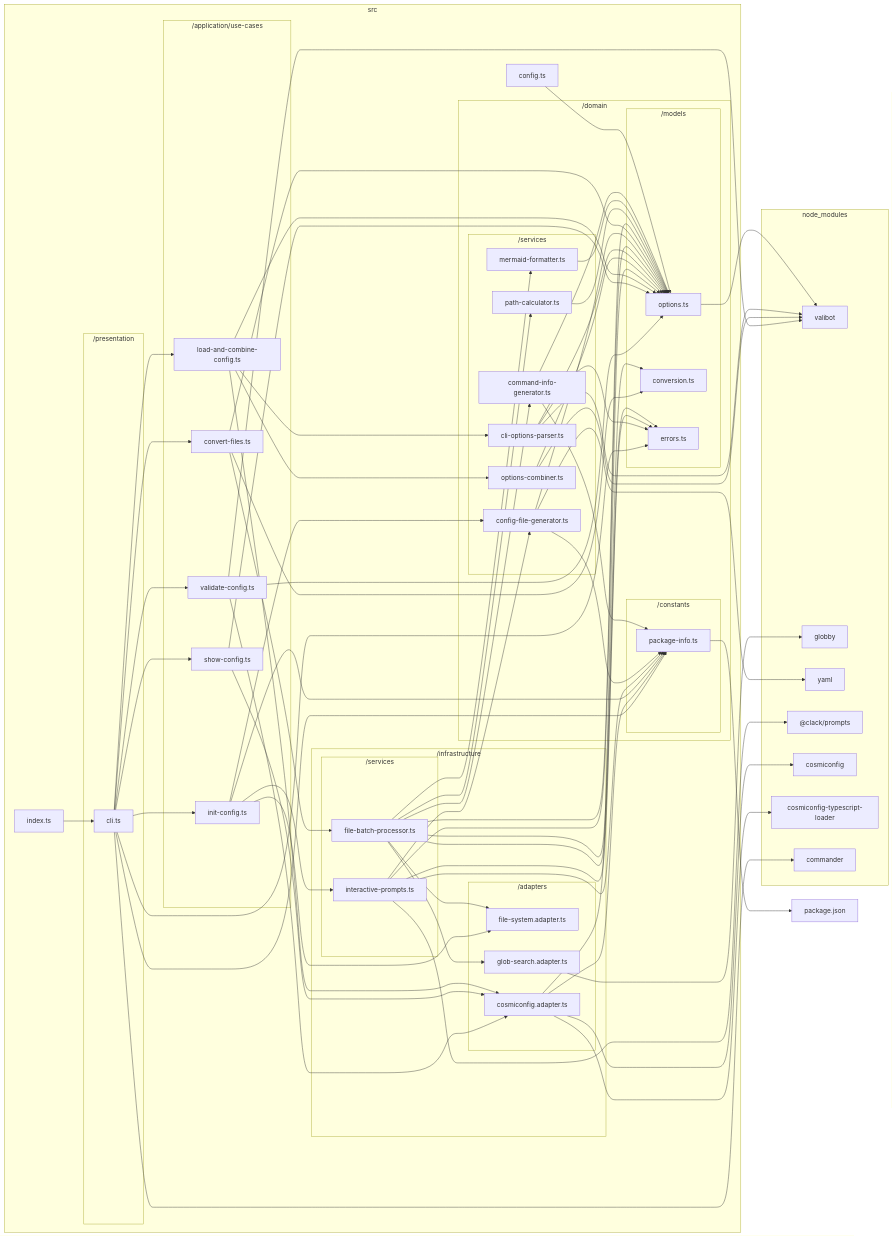
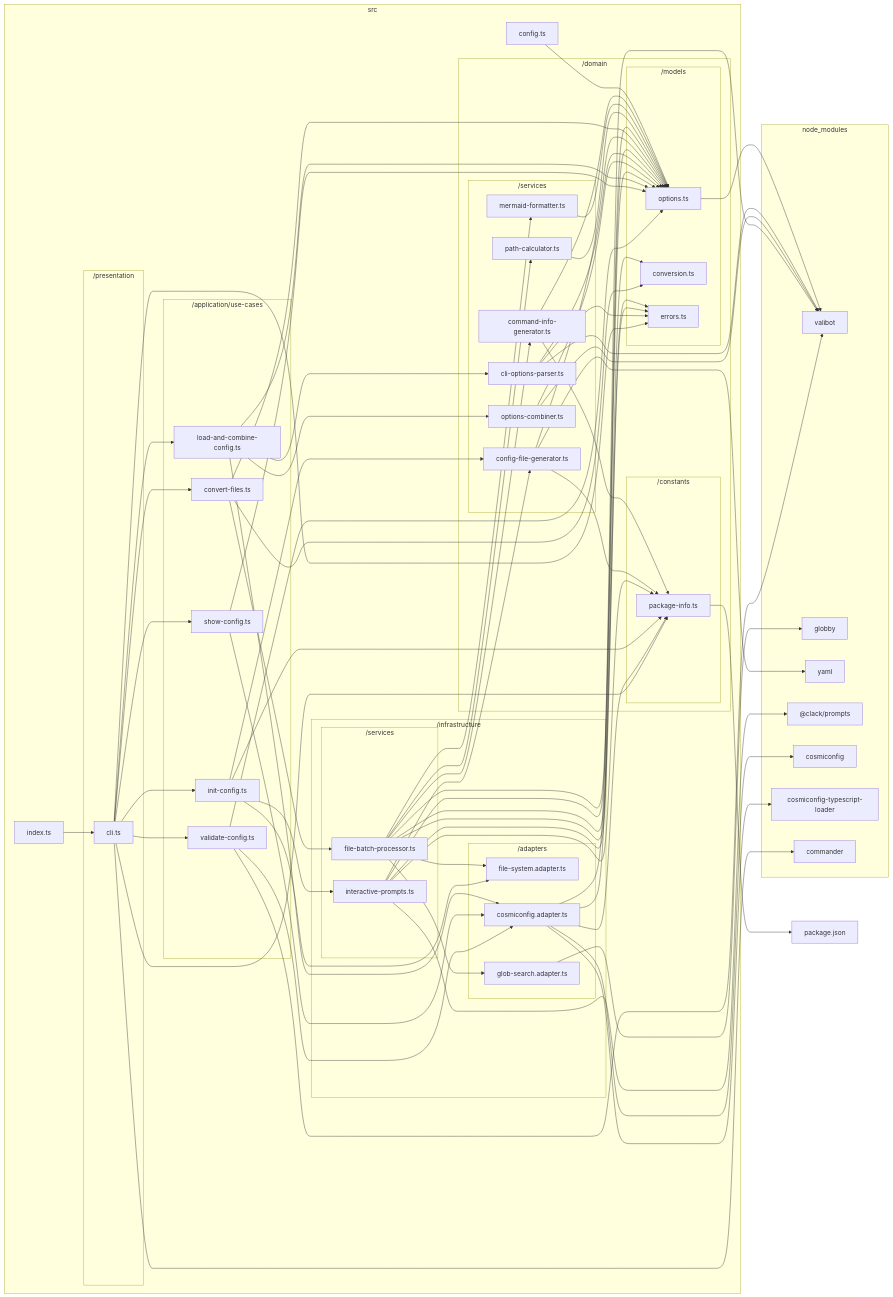
The diagram in docs/reports/dependencies/deps-graph.md (sugurutakahashi-1234/mermaid-markdown-wrap), drawn with Mermaid before and after one commit. The commit also changed 3 other files, not shown here.

```diff
--- a/docs/reports/dependencies/deps-graph.md
+++ b/docs/reports/dependencies/deps-graph.md
@@ -96,6 +96,7 @@
     src/domain/services/options//combiner.ts-->src/domain/models/options.ts
     src/infrastructure/adapters/cosmiconfig.adapter.ts-->node//modules/cosmiconfig/dist/index.d.ts
     src/infrastructure/adapters/cosmiconfig.adapter.ts-->node//modules/cosmiconfig//typescript//loader/dist/types/index.d.ts
+    src/infrastructure/adapters/cosmiconfig.adapter.ts-->node//modules/valibot/dist/index.d.cts
     src/infrastructure/adapters/cosmiconfig.adapter.ts-->src/domain/constants/package//info.ts
     src/infrastructure/adapters/cosmiconfig.adapter.ts-->src/domain/models/options.ts
     src/application/use//cases/load//and//combine//config.ts-->src/domain/models/options.ts
```
